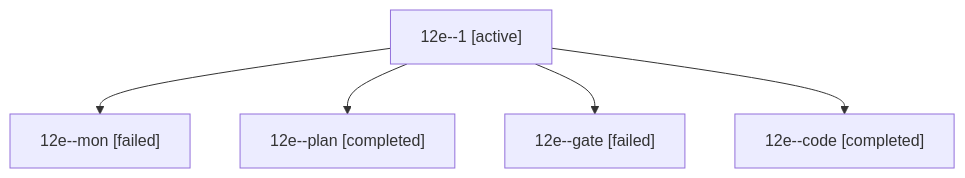
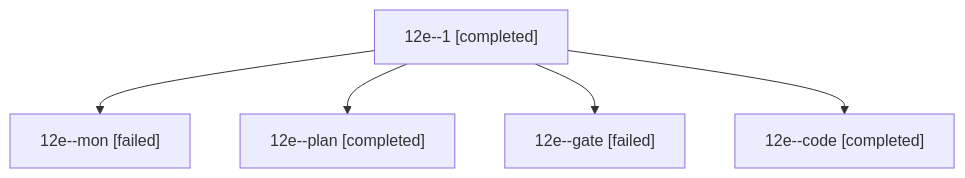
The diagram in sessions/bbugyi200.athena.12e.md (bobs-org/bob-cli--agents), drawn with Mermaid before and after one commit. The commit also changed other lines of this file and 40 other files, not shown here.

````diff
--- a/sessions/bbugyi200.athena.12e.md
+++ b/sessions/bbugyi200.athena.12e.md
@@ -9,12 +9,12 @@
 ```mermaid
 flowchart TD
-  n0["12e--1 [active]"]
+  n0["12e--1 [completed]"]
   n1["12e--mon [failed]"]
   n0 --> n1
   n2["12e--plan [completed]"]
   n0 --> n2
   n3["12e--gate [failed]"]
   n0 --> n3
   n4["12e--code [completed]"]
   n0 --> n4
 ```
````
